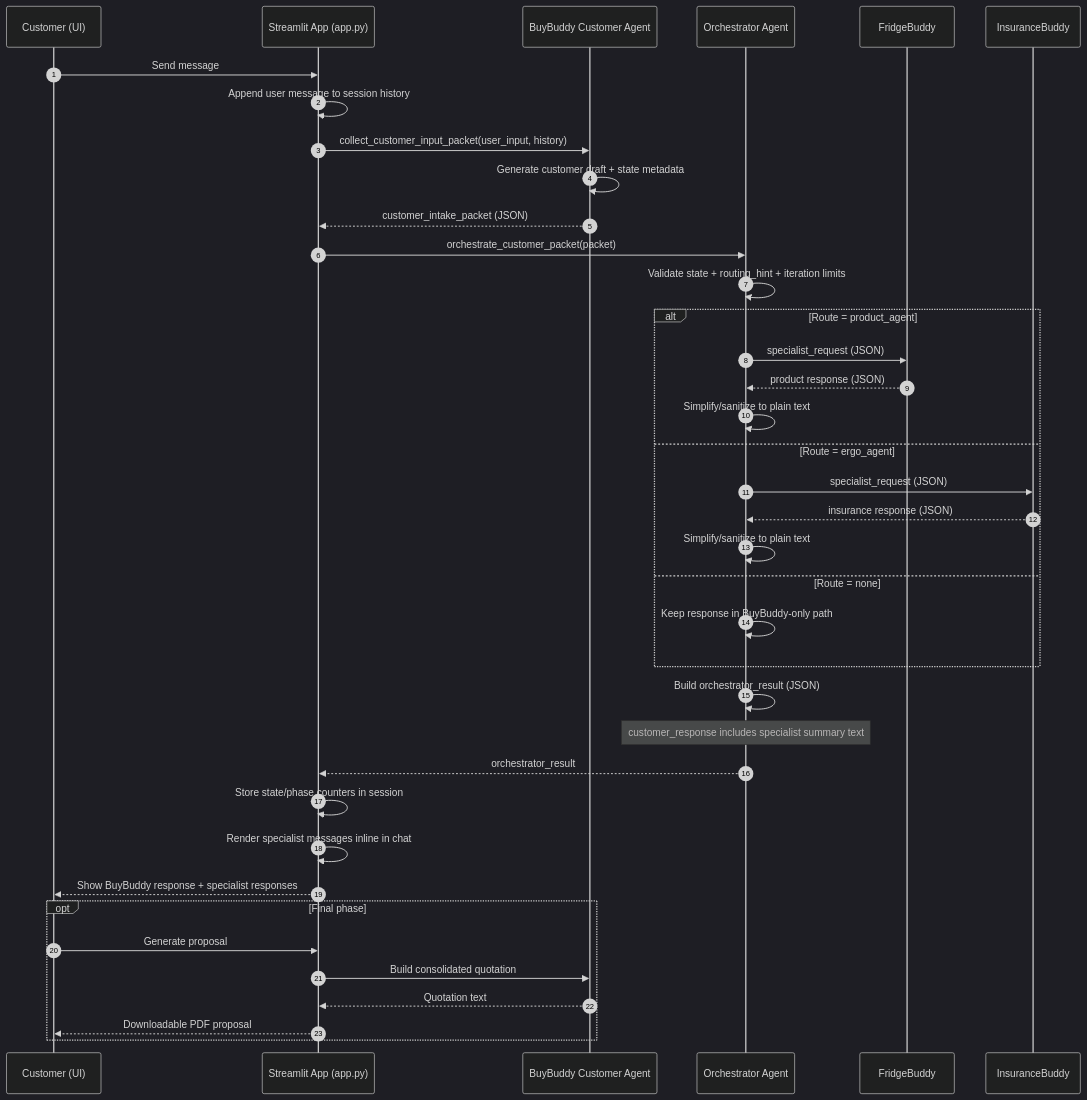
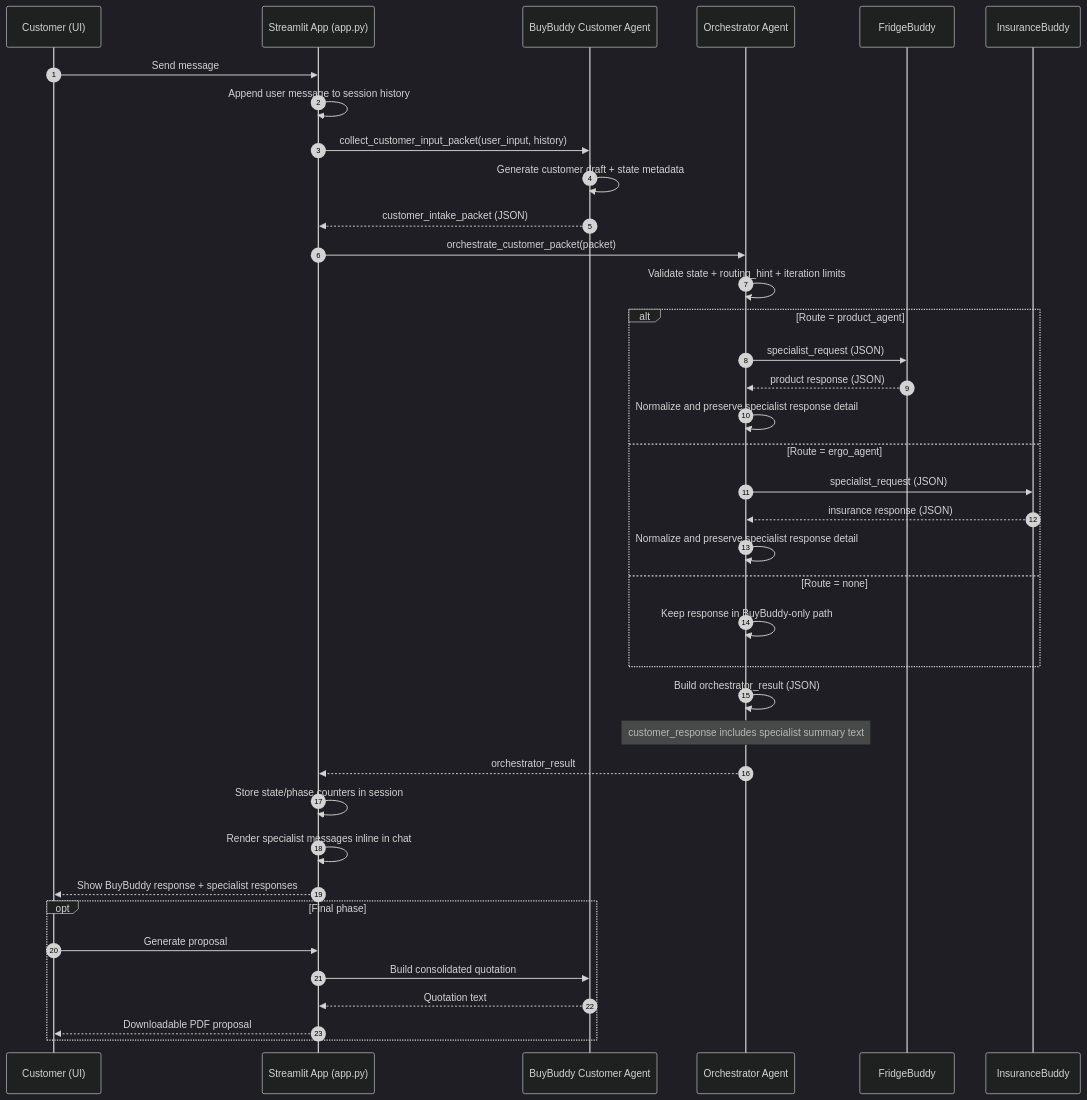
One commit to an-amateur-person/Agentic-AI-Innovation changed the diagram in README.md. Above: the diagram before and after it, drawn with Mermaid (dark theme). The commit also changed 4 other files, not shown here.

````diff
--- a/README.md
+++ b/README.md
@@ -42,47 +42,47 @@
 ```mermaid
 sequenceDiagram
    autonumber
    participant U as Customer (UI)
    participant A as Streamlit App (app.py)
    participant B as BuyBuddy Customer Agent
    participant O as Orchestrator Agent
    participant P as FridgeBuddy
    participant I as InsuranceBuddy
 
    U->>A: Send message
    A->>A: Append user message to session history
 
    A->>B: collect_customer_input_packet(user_input, history)
    B->>B: Generate customer draft + state metadata
    B-->>A: customer_intake_packet (JSON)
 
    A->>O: orchestrate_customer_packet(packet)
    O->>O: Validate state + routing_hint + iteration limits
 
    alt Route = product_agent
       O->>P: specialist_request (JSON)
       P-->>O: product response (JSON)
-      O->>O: Simplify/sanitize to plain text
+      O->>O: Normalize and preserve specialist response detail
    else Route = ergo_agent
       O->>I: specialist_request (JSON)
       I-->>O: insurance response (JSON)
-      O->>O: Simplify/sanitize to plain text
+      O->>O: Normalize and preserve specialist response detail
    else Route = none
       O->>O: Keep response in BuyBuddy-only path
    end
 
    O->>O: Build orchestrator_result (JSON)
    Note over O: customer_response includes specialist summary text
    O-->>A: orchestrator_result
 
    A->>A: Store state/phase counters in session
    A->>A: Render specialist messages inline in chat
    A-->>U: Show BuyBuddy response + specialist responses
 
    opt Final phase
       U->>A: Generate proposal
       A->>B: Build consolidated quotation
       B-->>A: Quotation text
       A-->>U: Downloadable PDF proposal
    end
 ```
````
